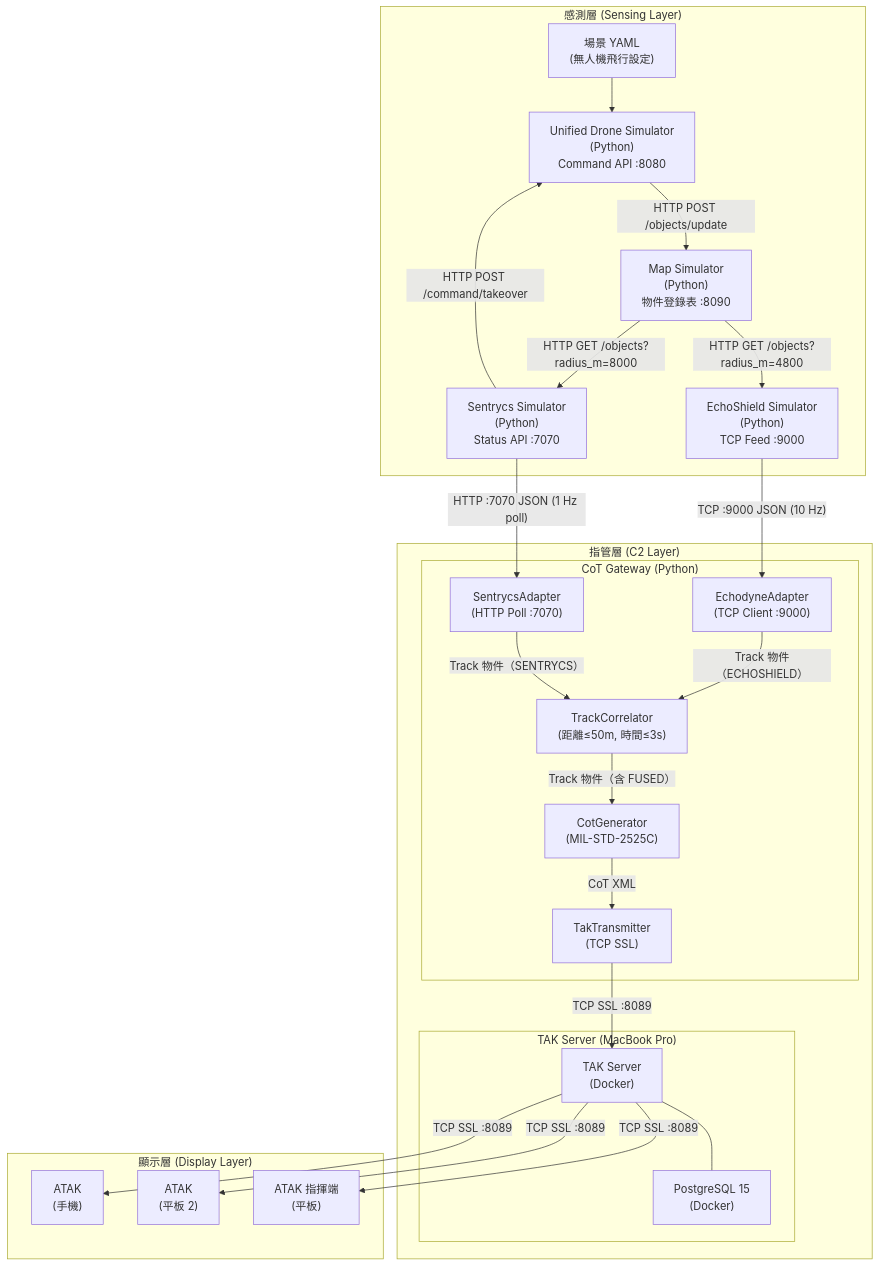
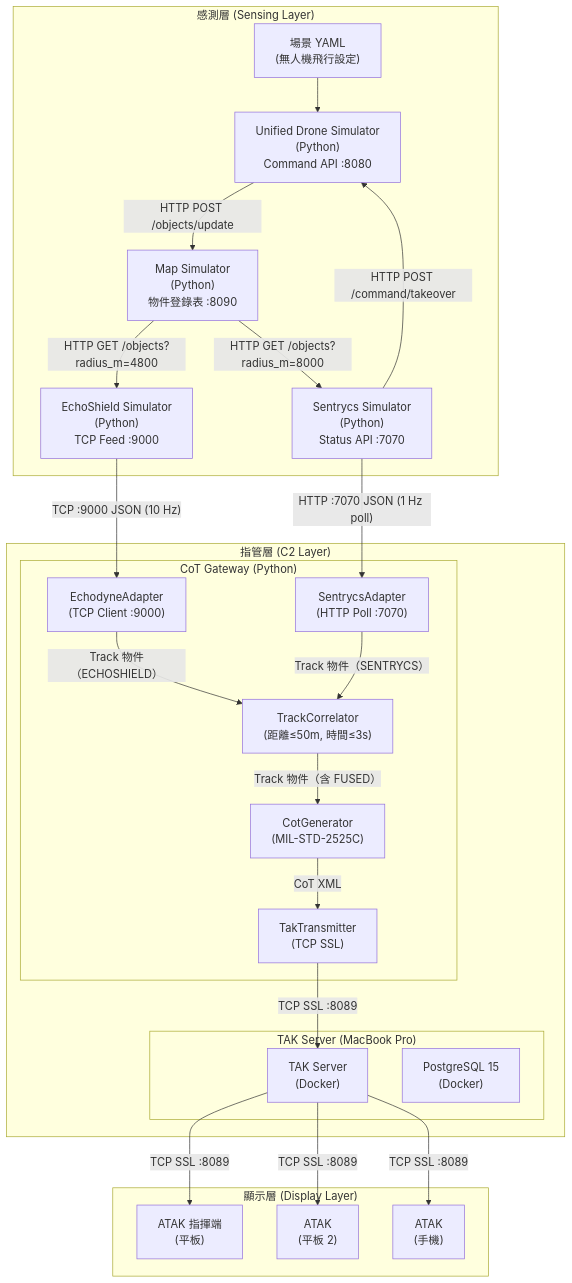
Before and after one commit to aplool-tw/cics-tak-demo: the first of 4 diagrams in docs/system-docs/01-system-architecture.md, drawn with Mermaid. The commit also changed other lines of this file and 9 other files, not shown here.

````diff
--- a/docs/system-docs/01-system-architecture.md
+++ b/docs/system-docs/01-system-architecture.md
@@ -53,48 +53,47 @@
 ```mermaid
 
 flowchart TB
     subgraph SENSE["感測層 (Sensing Layer)"]
         UDS["Unified Drone Simulator\n(Python)\nCommand API :8080"]
         MS["Map Simulator\n(Python)\n物件登錄表 :8090"]
         ES_SIM["EchoShield Simulator\n(Python)\nTCP Feed :9000"]
         SC["Sentrycs Simulator\n(Python)\nStatus API :7070"]
         DS["場景 YAML\n(無人機飛行設定)"]
     end
 
     subgraph C2["指管層 (C2 Layer)"]
         subgraph GW["CoT Gateway (Python)"]
             EA["EchodyneAdapter\n(TCP Client :9000)"]
             SA["SentrycsAdapter\n(HTTP Poll :7070)"]
             TC["TrackCorrelator\n(距離≤50m, 時間≤3s)"]
             CG["CotGenerator\n(MIL-STD-2525C)"]
             TT["TakTransmitter\n(TCP SSL)"]
         end
         subgraph TAK["TAK Server (MacBook Pro)"]
             TAKSVR["TAK Server\n(Docker)"]
             PSQL["PostgreSQL 15\n(Docker)"]
         end
     end
 
     subgraph DISPLAY["顯示層 (Display Layer)"]
         ATAK_C["ATAK 指揮端\n(平板)"]
         ATAK_T["ATAK\n(平板 2)"]
         ATAK_P["ATAK\n(手機)"]
     end
 
     DS --> UDS
     UDS -->|"HTTP POST /objects/update"| MS
     MS -->|"HTTP GET /objects?radius_m=4800"| ES_SIM
     MS -->|"HTTP GET /objects?radius_m=8000"| SC
     SC -->|"HTTP POST /command/takeover"| UDS
     ES_SIM -->|"TCP :9000 JSON (10 Hz)"| EA
     SC -->|"HTTP :7070 JSON (1 Hz poll)"| SA
     SA -->|Track 物件（SENTRYCS）| TC
     EA -->|Track 物件（ECHOSHIELD）| TC
     TC -->|Track 物件（含 FUSED）| CG
     CG -->|CoT XML| TT
     TT -->|"TCP SSL :8089"| TAKSVR
-    TAKSVR --- PSQL
     TAKSVR -->|"TCP SSL :8089"| ATAK_C
     TAKSVR -->|"TCP SSL :8089"| ATAK_T
     TAKSVR -->|"TCP SSL :8089"| ATAK_P
 ```
````
